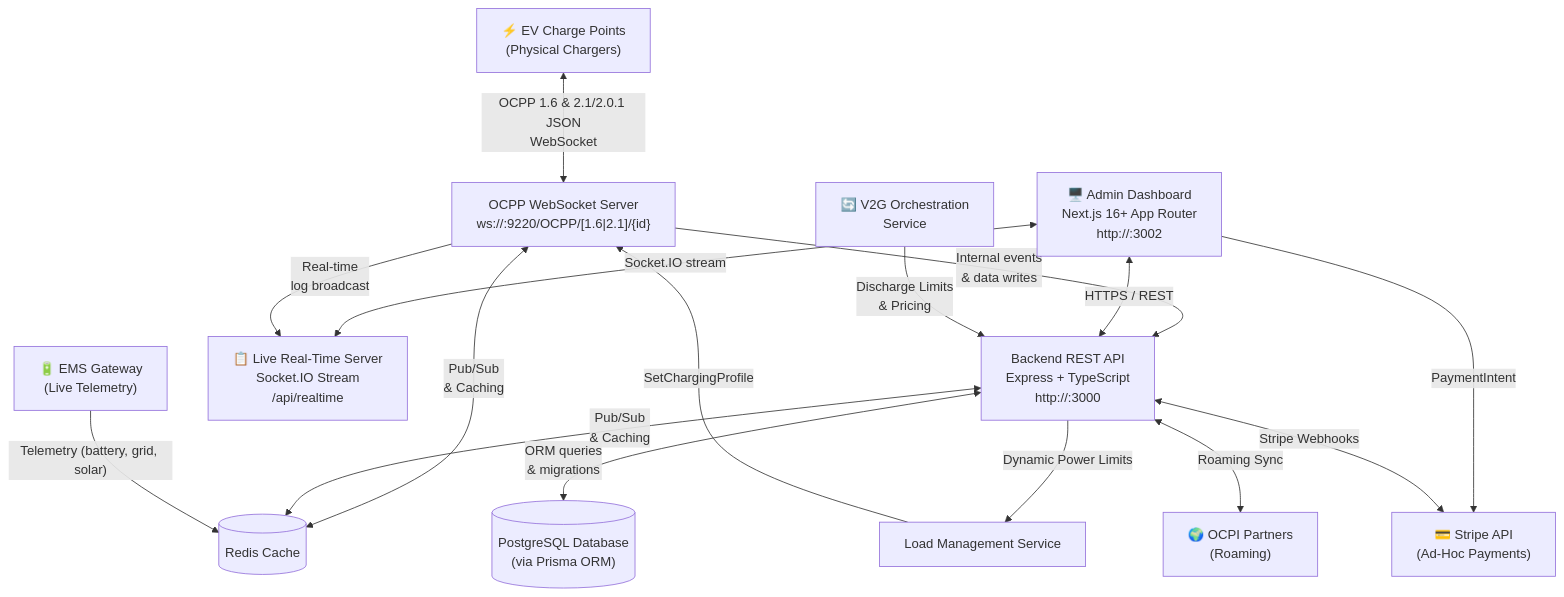
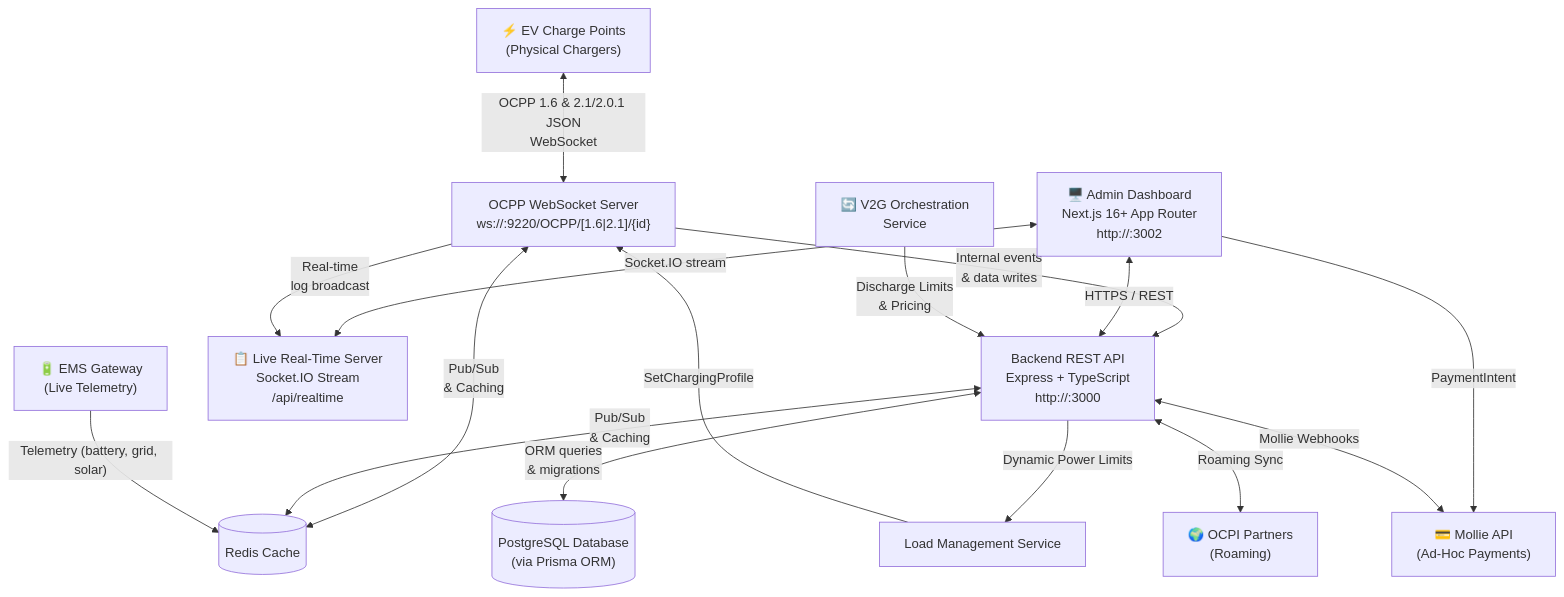
Before and after one commit to webdotpulse/OCPP-CPMS: the diagram in README.md, drawn with Mermaid. The commit also changed other lines of this file and 7 other files, not shown here.

Commit message:
Replace stripe with mollie and add language support to mail templates

````diff
--- a/README.md
+++ b/README.md
@@ -69,30 +69,30 @@
 ```mermaid
 flowchart TD
     CP["⚡ EV Charge Points\n(Physical Chargers)"]
     OCPP["OCPP WebSocket Server\nws://:9220/OCPP/[1.6|2.1]/{id}"]
     API["Backend REST API\nExpress + TypeScript\nhttp://:3000"]
     DB[("PostgreSQL Database\n(via Prisma ORM)")]
     UI["🖥️ Admin Dashboard\nNext.js 16+ App Router\nhttp://:3002"]
     RT["📋 Live Real-Time Server\nSocket.IO Stream\n/api/realtime"]
     EMS["🔋 EMS Gateway\n(Live Telemetry)"]
     V2G["🔄 V2G Orchestration\nService"]
-    STRIPE["💳 Stripe API\n(Ad-Hoc Payments)"]
+    MOLLIE["💳 Mollie API\n(Ad-Hoc Payments)"]
     OCPI["🌍 OCPI Partners\n(Roaming)"]
 
     CP <-->|"OCPP 1.6 & 2.1/2.0.1 JSON\nWebSocket"| OCPP
     OCPP -->|"Internal events\n& data writes"| API
     API <-->|"ORM queries\n& migrations"| DB
     UI <-->|"HTTPS / REST"| API
     UI <-->|"Socket.IO stream"| RT
     OCPP -->|"Real-time\nlog broadcast"| RT
     OCPP <-->|"Pub/Sub\n& Caching"| REDIS[("Redis Cache")]
     API <-->|"Pub/Sub\n& Caching"| REDIS
     API -->|"Dynamic Power Limits"| LMS["Load Management Service"]
     LMS -->|"SetChargingProfile"| OCPP
 
     EMS -->|"Telemetry (battery, grid, solar)"| REDIS
     API <-->|"Roaming Sync"| OCPI
-    UI -->|"PaymentIntent"| STRIPE
-    API <-->|"Stripe Webhooks"| STRIPE
+    UI -->|"PaymentIntent"| MOLLIE
+    API <-->|"Mollie Webhooks"| MOLLIE
     V2G -->|"Discharge Limits\n& Pricing"| API
 ```
````
